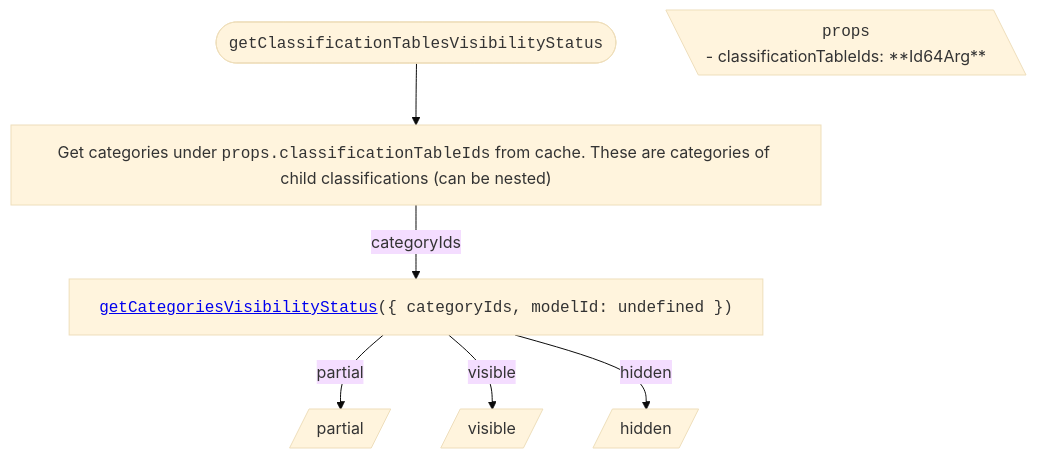
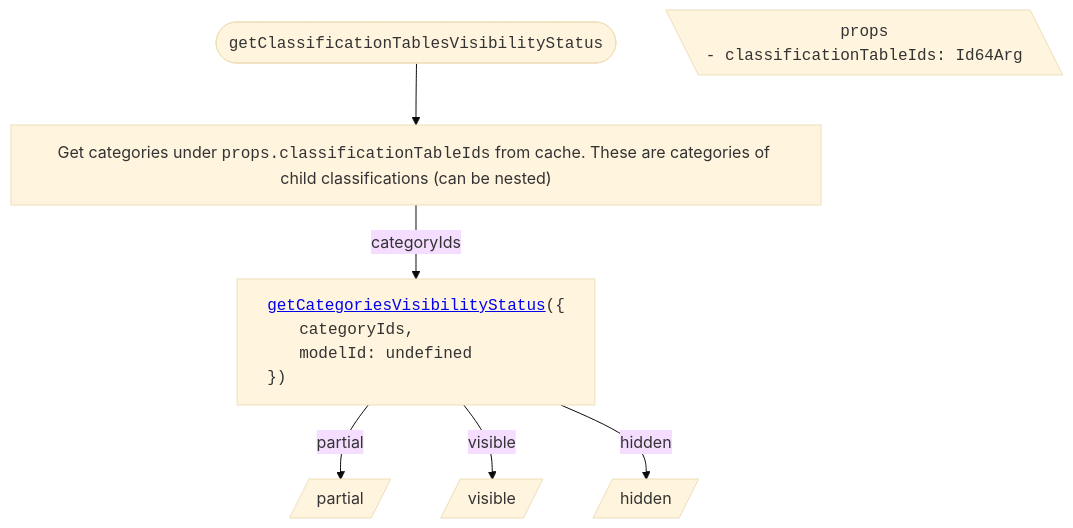
Before and after one commit to iTwin/viewer-components-react: the first of 4 diagrams in packages/itwin/tree-widget/docs/ClassificationsTreeVisibilityHandling.md, drawn with Mermaid (base theme). The commit also changed other lines of this file and 7 other files, not shown here.

First line of the commit message:
[Tree widget]: add change visibility mermaid diagrams on `next` (#1674)

````diff
--- a/packages/itwin/tree-widget/docs/ClassificationsTreeVisibilityHandling.md
+++ b/packages/itwin/tree-widget/docs/ClassificationsTreeVisibilityHandling.md
@@ -21,29 +25,32 @@
 ```mermaid
 ---
 config:
   flowchart:
     wrappingWidth: 750
     useMaxWidth: false
 ---
 
 flowchart TD
   RESULT_Partial[/partial/]
   RESULT_Visible[/visible/]
   RESULT_Hidden[/hidden/]
 
 
   %% Start
-  TITLE(["<code>getClassificationTablesVisibilityStatus</code>"]) --> A["Get categories under <code>props.classificationTableIds</code> from cache. These are categories of child classifications (can be nested)"]
+  TITLE(["<span style='font-family: monospace;'>getClassificationTablesVisibilityStatus</span>"]) --> A["Get categories under <span style='font-family: monospace;'>props.classificationTableIds</span> from cache. These are categories of child classifications (can be nested)"]
 
   PROPS[\"
-    <code>props</code>
-    <div style='text-align: left;'>- classificationTableIds: **Id64Arg**</div>
+    <span style='font-family: monospace;'>props</span>
+    <span style='display: block; text-align: left; font-family: monospace;'>- classificationTableIds: Id64Arg</span>
   "\]
 
-  A -- categoryIds --> B["<code><a href='./SharedVisibilityHandling.md#getcategoriesvisibilitystatus'>getCategoriesVisibilityStatus</a>({ categoryIds, modelId: undefined })</code>"]
+  A -- categoryIds --> B["<div style='text-align: left; font-family: monospace;'><a href='./SharedVisibilityHandling.md#getcategoriesvisibilitystatus'>getCategoriesVisibilityStatus</a>({
+    <span style='padding-left: 2rem;'>categoryIds,</span>
+    <span style='padding-left: 2rem;'>modelId: undefined</span>
+    })</div>"]
 
   %% Results
   B -- partial --> RESULT_Partial
   B -- visible --> RESULT_Visible
   B -- hidden --> RESULT_Hidden
 ```
````
